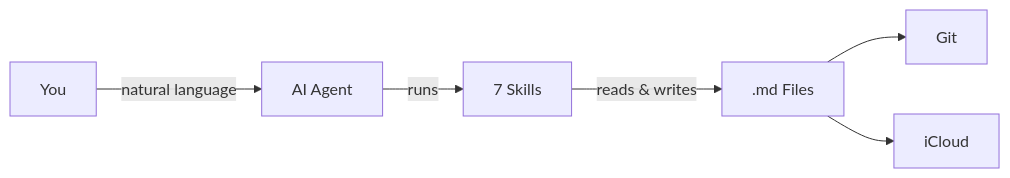
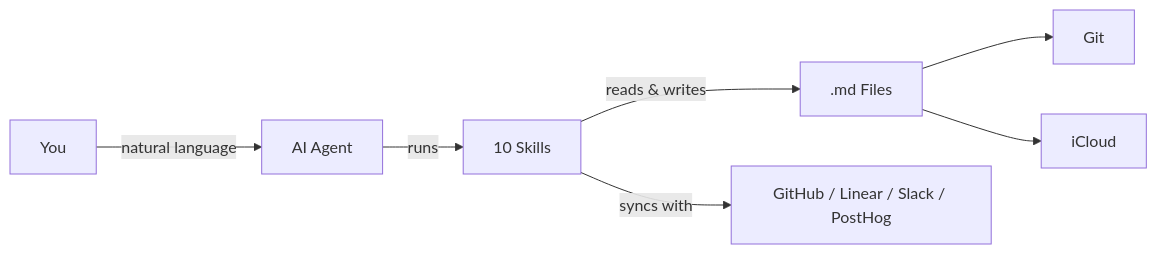
Before and after one commit to huytieu/COG-second-brain: the first of 2 diagrams in README.md, drawn with Mermaid. The commit also changed other lines of this file and 3 other files, not shown here.

````diff
--- a/README.md
+++ b/README.md
@@ -9,8 +9,9 @@
 ```mermaid
 graph LR
     A[You] -- natural language --> B[AI Agent]
-    B -- runs --> C[7 Skills]
+    B -- runs --> C[10 Skills]
     C -- reads & writes --> D[.md Files]
+    C -- syncs with --> G[GitHub / Linear / Slack / PostHog]
     D --> E[Git]
     D --> F[iCloud]
 ```
````
